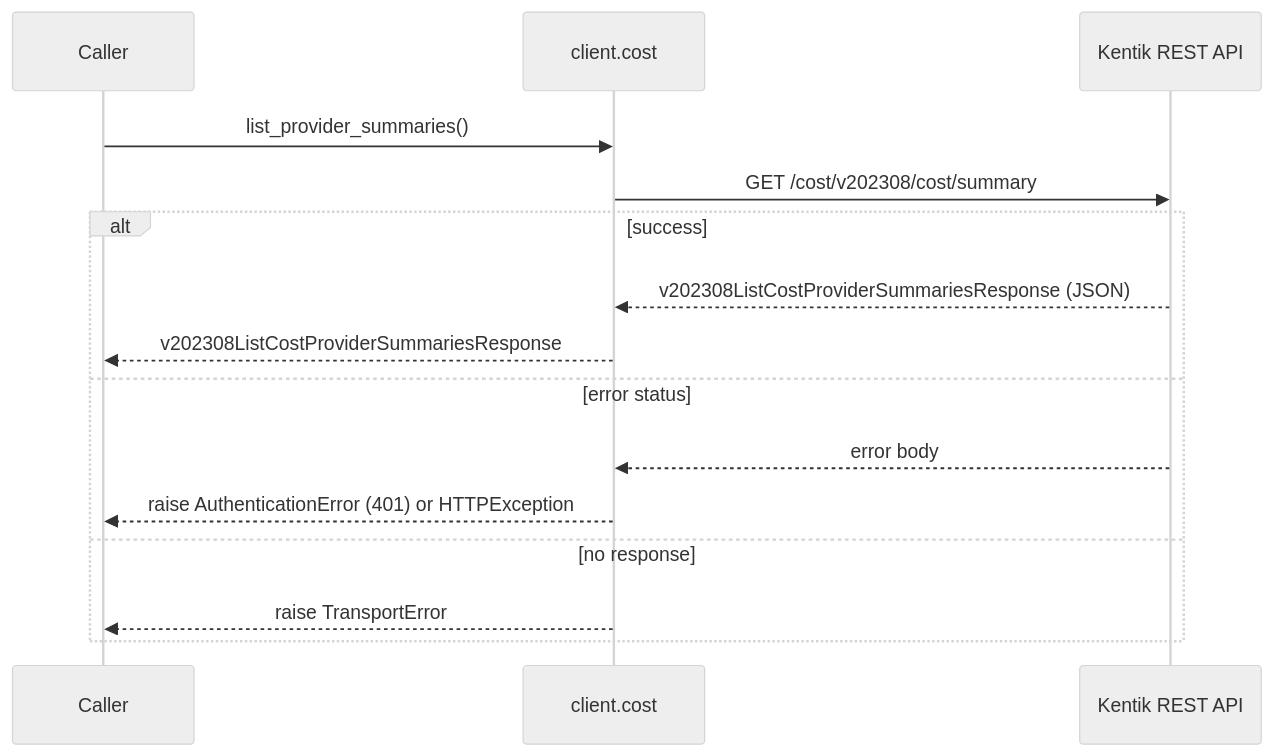
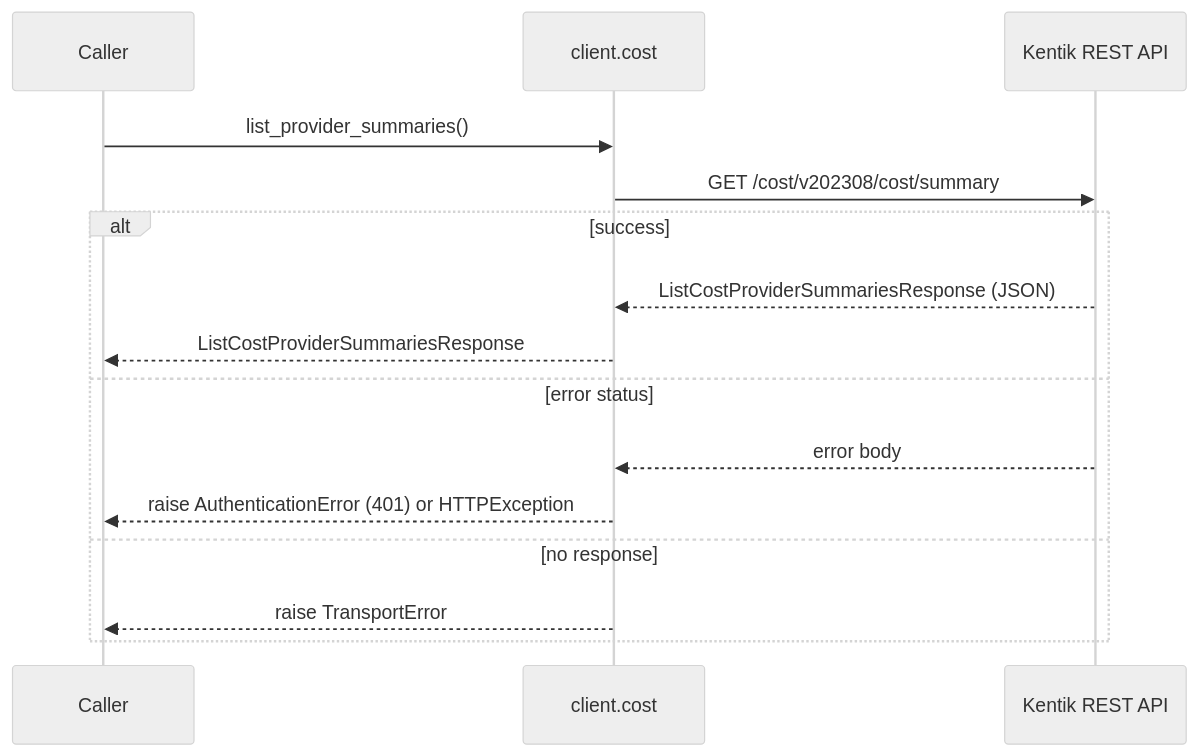
The fourth of 8 diagrams in docs/sphinx/services/cost.md (alexdearaujo/community_sdk_python), drawn with Mermaid (neutral theme) before and after one commit. The commit also changed other lines of this file and 38 other files, not shown here.

````diff
--- a/docs/sphinx/services/cost.md
+++ b/docs/sphinx/services/cost.md
@@ -106,18 +106,18 @@
 ```mermaid
 sequenceDiagram
     participant C as Caller
     participant W as client.cost
     participant API as Kentik REST API
 
     C->>W: list_provider_summaries()
     W->>API: GET /cost/v202308/cost/summary
     alt success
-        API-->>W: v202308ListCostProviderSummariesResponse (JSON)
-        W-->>C: v202308ListCostProviderSummariesResponse
+        API-->>W: ListCostProviderSummariesResponse (JSON)
+        W-->>C: ListCostProviderSummariesResponse
     else error status
         API-->>W: error body
         W-->>C: raise AuthenticationError (401) or HTTPException
     else no response
         W-->>C: raise TransportError
     end
 ```
````
